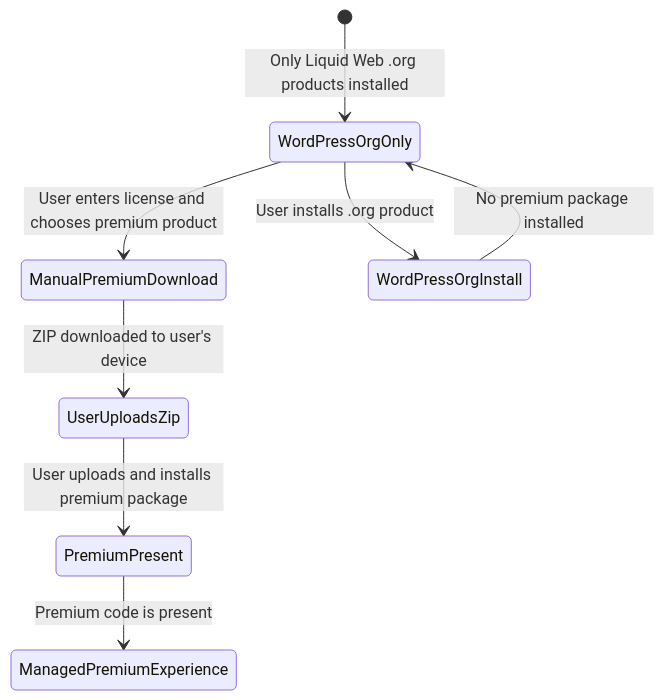
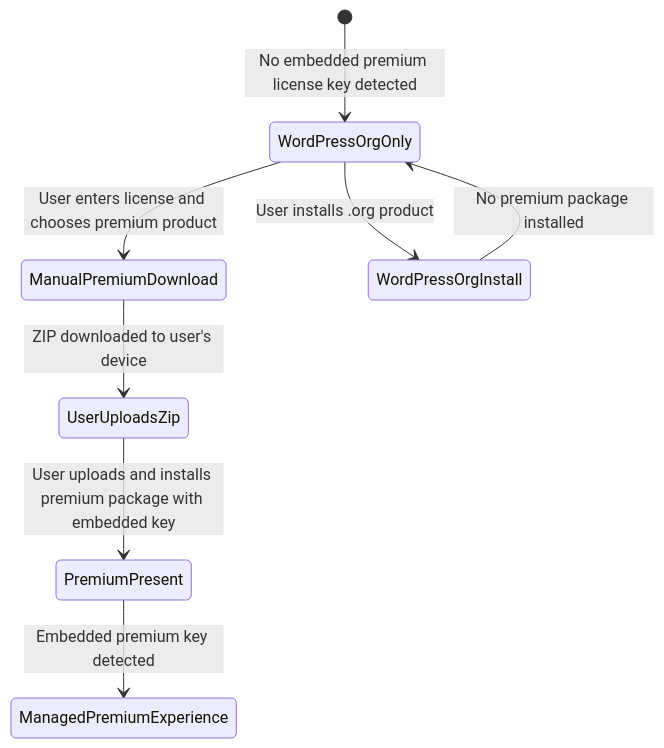
The diagram in docs/product-download-system.md (stellarwp/license-manager), drawn with Mermaid before and after one commit. The commit also changed other lines of this file, not shown here.

Commit message:
fix: embedded license key detection

````diff
--- a/docs/product-download-system.md
+++ b/docs/product-download-system.md
@@ -135,11 +142,11 @@
 ```mermaid
 stateDiagram-v2
-    [*] --> WordPressOrgOnly: Only Liquid Web .org products installed
+    [*] --> WordPressOrgOnly: No embedded premium license key detected
     WordPressOrgOnly --> ManualPremiumDownload: User enters license and chooses premium product
     ManualPremiumDownload --> UserUploadsZip: ZIP downloaded to user's device
-    UserUploadsZip --> PremiumPresent: User uploads and installs premium package
-    PremiumPresent --> ManagedPremiumExperience: Premium code is present
+    UserUploadsZip --> PremiumPresent: User uploads and installs premium package with embedded key
+    PremiumPresent --> ManagedPremiumExperience: Embedded premium key detected
 
     WordPressOrgOnly --> WordPressOrgInstall: User installs .org product
     WordPressOrgInstall --> WordPressOrgOnly: No premium package installed
 ```
````
